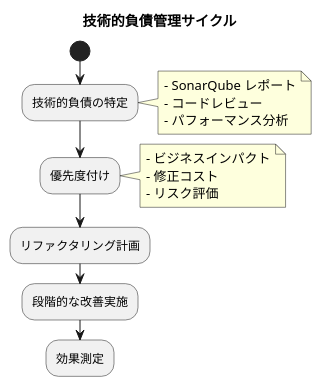
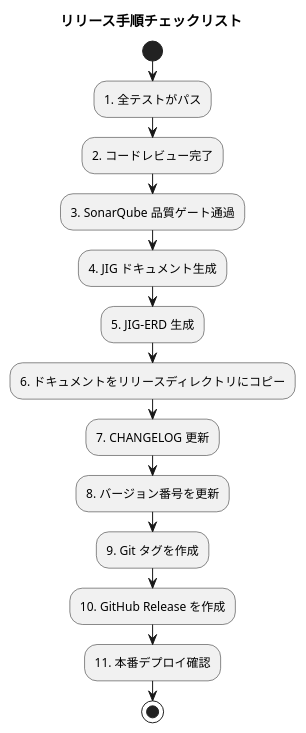
One commit to k2works/case-study-sales changed the seventh of 7 diagrams in docs/article/chapter23.md. Above: the diagram before and after it, drawn with PlantUML. The commit also changed other lines of this file and 7 other files, not shown here.

````diff
--- a/docs/article/chapter23.md
+++ b/docs/article/chapter23.md
@@ -451,27 +417,22 @@
 ```plantuml
 @startuml
-title 技術的負債管理サイクル
+title リリース手順チェックリスト
 
 start
-:技術的負債の特定;
-note right
-  - SonarQube レポート
-  - コードレビュー
-  - パフォーマンス分析
-end note
 
-:優先度付け;
-note right
-  - ビジネスインパクト
-  - 修正コスト
-  - リスク評価
-end note
+:1. 全テストがパス;
+:2. コードレビュー完了;
+:3. SonarQube 品質ゲート通過;
+:4. JIG ドキュメント生成;
+:5. JIG-ERD 生成;
+:6. ドキュメントをリリースディレクトリにコピー;
+:7. CHANGELOG 更新;
+:8. バージョン番号を更新;
+:9. Git タグを作成;
+:10. GitHub Release を作成;
+:11. 本番デプロイ確認;
 
-:リファクタリング計画;
-:段階的な改善実施;
-:効果測定;
-
--> 技術的負債の特定;
+stop
 
 @enduml
 ```
````
